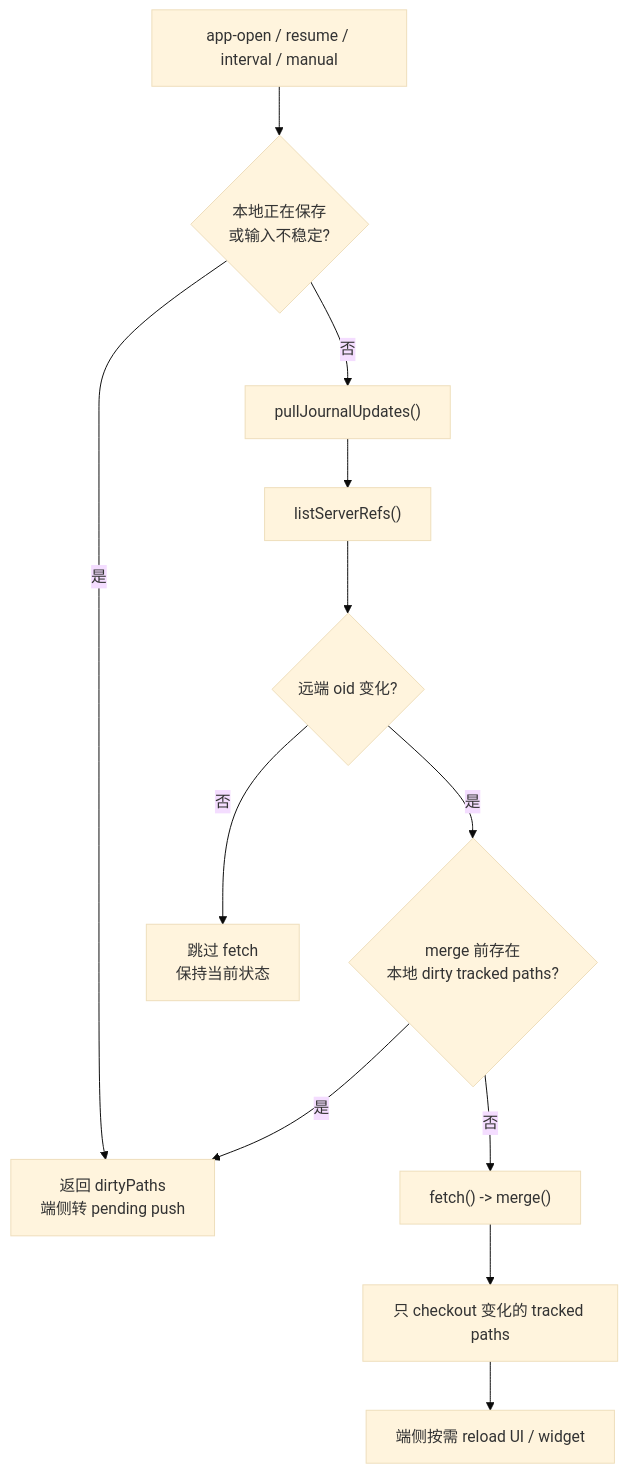
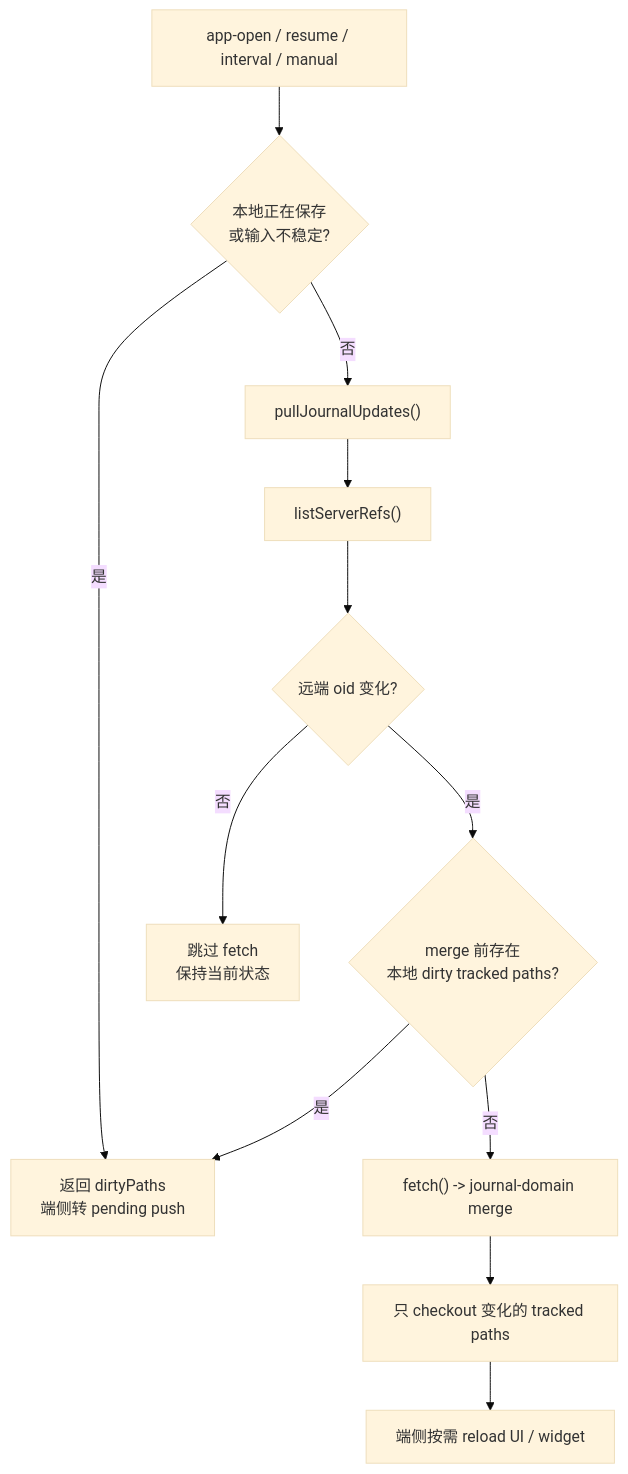
The fourth of 6 diagrams in docs/product/Git 同步机制.md (nazhenhuiyi/journal), drawn with Mermaid (base theme) before and after one commit. The commit also changed other lines of this file and 42 other files, not shown here.

````diff
--- a/docs/product/Git 同步机制.md
+++ b/docs/product/Git 同步机制.md
@@ -195,22 +207,22 @@
 ```mermaid
 flowchart TD
   trigger["app-open / resume / interval / manual"]
   gate{"本地正在保存<br/>或输入不稳定?"}
   pull["pullJournalUpdates()"]
   refs["listServerRefs()"]
   changed{"远端 oid 变化?"}
   dirty{"merge 前存在<br/>本地 dirty tracked paths?"}
-  fetchMerge["fetch() -> merge()"]
+  fetchMerge["fetch() -> journal-domain merge"]
   checkout["只 checkout 变化的 tracked paths"]
   pending["返回 dirtyPaths<br/>端侧转 pending push"]
   reload["端侧按需 reload UI / widget"]
   unchanged["跳过 fetch<br/>保持当前状态"]
 
   trigger --> gate
   gate -- 是 --> pending
   gate -- 否 --> pull --> refs --> changed
   changed -- 否 --> unchanged
   changed -- 是 --> dirty
   dirty -- 是 --> pending
   dirty -- 否 --> fetchMerge --> checkout --> reload
 ```
````
